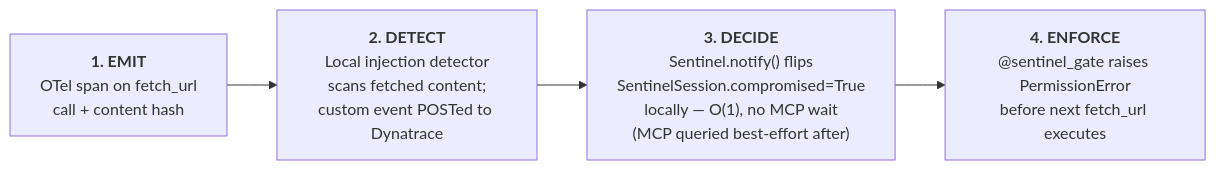
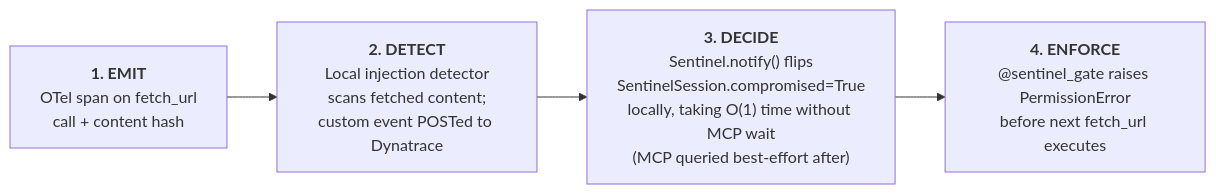
Before and after one commit to MichaelPaonam/sentinelds: the first of 2 diagrams in README.md, drawn with Mermaid. The commit also changed other lines of this file and 1 other file, not shown here.

````diff
--- a/README.md
+++ b/README.md
@@ -45,9 +45,9 @@
 ```mermaid
 flowchart LR
     E["<b>1. EMIT</b>\nOTel span on fetch_url\ncall + content hash"]
     D["<b>2. DETECT</b>\nLocal injection detector\nscans fetched content;\ncustom event POSTed to Dynatrace"]
-    De["<b>3. DECIDE</b>\nSentinel.notify() flips\nSentinelSession.compromised=True\nlocally — O(1), no MCP wait\n(MCP queried best-effort after)"]
+    De["<b>3. DECIDE</b>\nSentinel.notify() flips\nSentinelSession.compromised=True\nlocally, taking O(1) time without MCP wait\n(MCP queried best-effort after)"]
     En["<b>4. ENFORCE</b>\n@sentinel_gate raises PermissionError\nbefore next fetch_url executes"]
 
     E --> D --> De --> En
 ```
````
